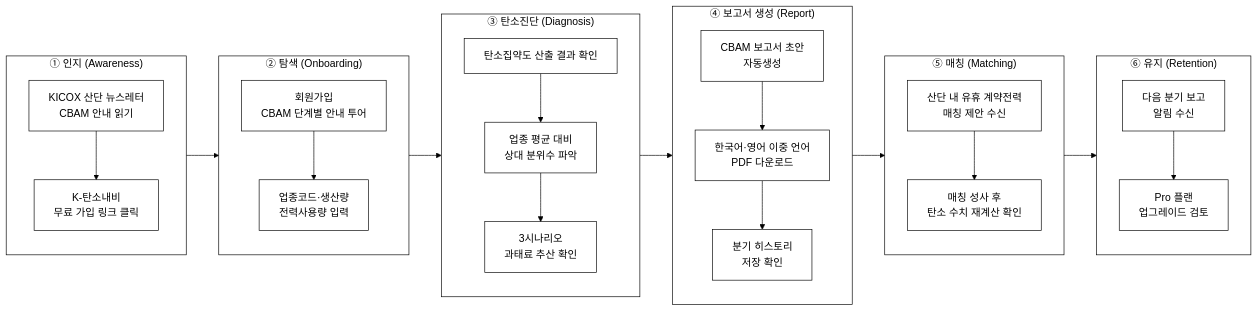
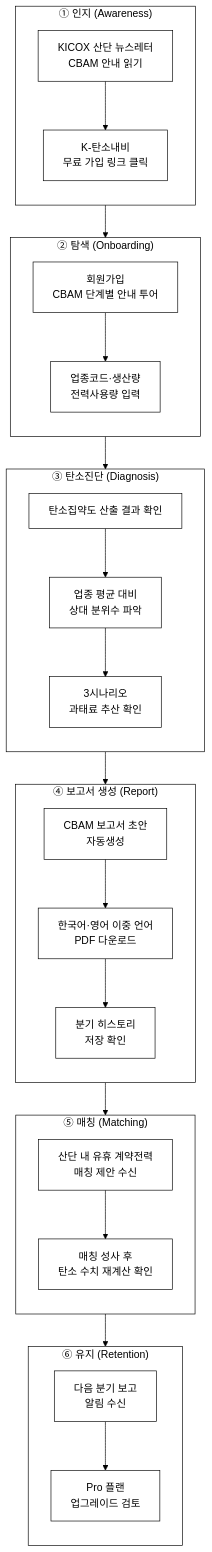
One commit to iamywl/pulicdata-congress changed the fourth of 5 diagrams in 10-K-탄소내비-CBAM/biz/1_제안서.md. Above: the diagram before and after it, drawn with Mermaid. The commit also changed other lines of this file and 44 other files, not shown here.

````diff
--- a/10-K-탄소내비-CBAM/biz/1_제안서.md
+++ b/10-K-탄소내비-CBAM/biz/1_제안서.md
@@ -404,43 +407,49 @@
 ```mermaid
 %%{init: {'theme':'base','themeVariables':{'background':'#ffffff','primaryColor':'#ffffff','primaryBorderColor':'#000000','primaryTextColor':'#000000','secondaryColor':'#ffffff','secondaryBorderColor':'#000000','secondaryTextColor':'#000000','tertiaryColor':'#ffffff','tertiaryBorderColor':'#000000','tertiaryTextColor':'#000000','mainBkg':'#ffffff','secondBkg':'#ffffff','lineColor':'#000000','textColor':'#000000','clusterBkg':'#ffffff','clusterBorder':'#000000','edgeLabelBackground':'#ffffff','actorBkg':'#ffffff','actorBorder':'#000000','noteBkgColor':'#ffffff','noteBorderColor':'#000000','signalColor':'#000000','signalTextColor':'#000000','fontFamily':'Georgia, serif'}}}%%
-flowchart LR
+flowchart TB
     subgraph A1["① 인지 (Awareness)"]
+        direction TB
         direction TB
         A11["KICOX 산단 뉴스레터<br/>CBAM 안내 읽기"]
         A12["K-탄소내비<br/>무료 가입 링크 클릭"]
         A11 --> A12
     end
     subgraph A2["② 탐색 (Onboarding)"]
         direction TB
+        direction TB
         A21["회원가입<br/>CBAM 단계별 안내 투어"]
         A22["업종코드·생산량<br/>전력사용량 입력"]
         A21 --> A22
     end
     subgraph A3["③ 탄소진단 (Diagnosis)"]
+        direction TB
         direction TB
         A31["탄소집약도 산출 결과 확인"]
         A32["업종 평균 대비<br/>상대 분위수 파악"]
         A33["3시나리오<br/>과태료 추산 확인"]
         A31 --> A32 --> A33
     end
     subgraph A4["④ 보고서 생성 (Report)"]
         direction TB
+        direction TB
         A41["CBAM 보고서 초안<br/>자동생성"]
         A42["한국어·영어 이중 언어<br/>PDF 다운로드"]
         A43["분기 히스토리<br/>저장 확인"]
         A41 --> A42 --> A43
     end
     subgraph A5["⑤ 매칭 (Matching)"]
         direction TB
+        direction TB
         A51["산단 내 유휴 계약전력<br/>매칭 제안 수신"]
         A52["매칭 성사 후<br/>탄소 수치 재계산 확인"]
         A51 --> A52
     end
     subgraph A6["⑥ 유지 (Retention)"]
+        direction TB
         direction TB
         A61["다음 분기 보고<br/>알림 수신"]
         A62["Pro 플랜<br/>업그레이드 검토"]
         A61 --> A62
     end
     A1 --> A2 --> A3 --> A4 --> A5 --> A6
 ```
````
